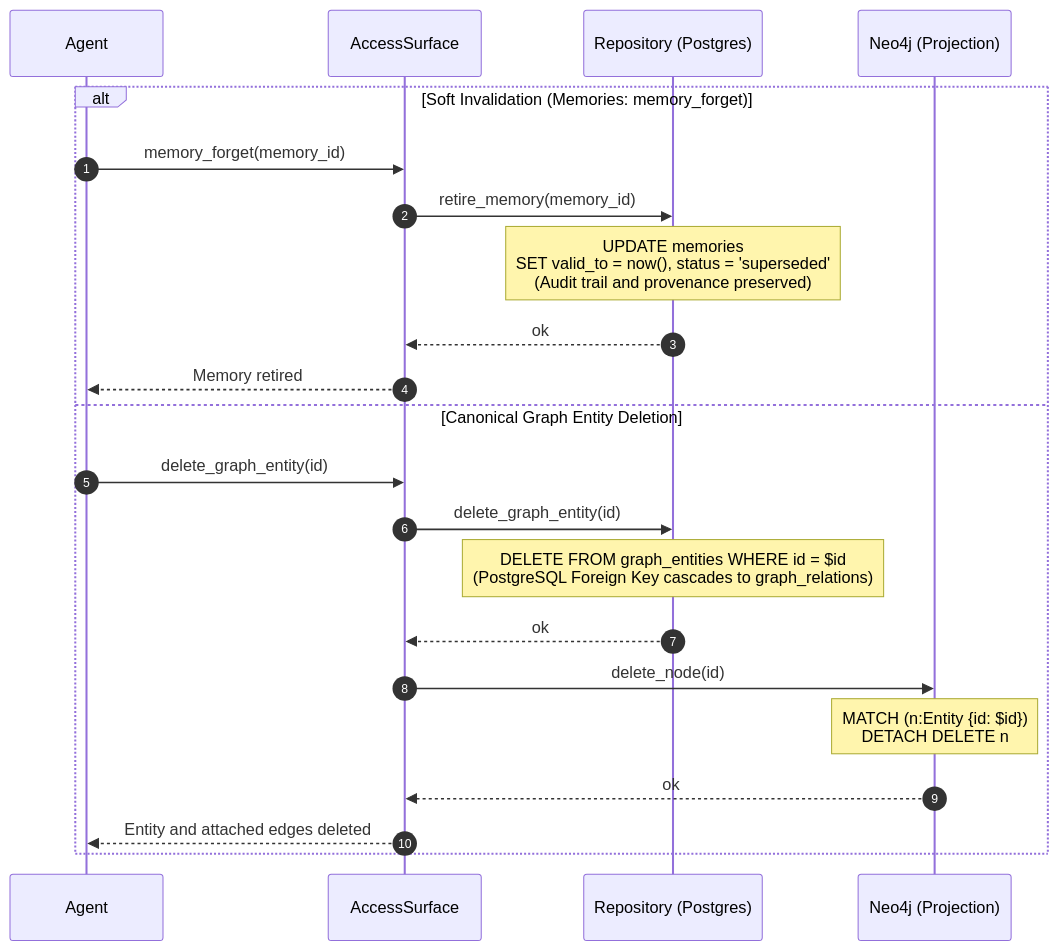
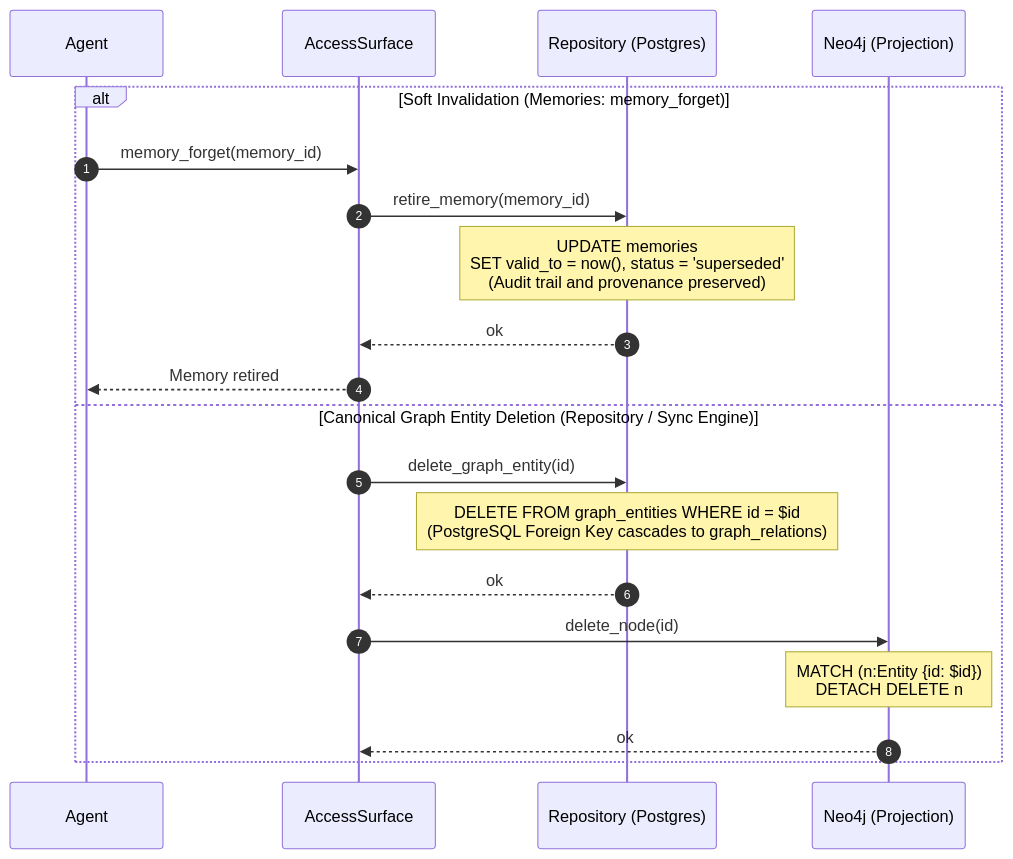
One commit to vladm3105/aidoc-flow-engramory changed the third of 5 diagrams in docs/DATA_FLOW_AND_LIFECYCLE.md. Above: the diagram before and after it, drawn with Mermaid. The commit also changed other lines of this file and 24 other files, not shown here.

````diff
--- a/docs/DATA_FLOW_AND_LIFECYCLE.md
+++ b/docs/DATA_FLOW_AND_LIFECYCLE.md
@@ -164,25 +164,23 @@
 ```mermaid
 sequenceDiagram
     autonumber
     participant Agent as Agent
     participant Surface as AccessSurface
     participant Repo as Repository (Postgres)
     participant Neo4j as Neo4j (Projection)
 
     alt Soft Invalidation (Memories: memory_forget)
         Agent->>Surface: memory_forget(memory_id)
         Surface->>Repo: retire_memory(memory_id)
         Note over Repo: UPDATE memories<br/>SET valid_to = now(), status = 'superseded'<br/>(Audit trail and provenance preserved)
         Repo-->>Surface: ok
         Surface-->>Agent: Memory retired
-    else Canonical Graph Entity Deletion
-        Agent->>Surface: delete_graph_entity(id)
+    else Canonical Graph Entity Deletion (Repository / Sync Engine)
         Surface->>Repo: delete_graph_entity(id)
         Note over Repo: DELETE FROM graph_entities WHERE id = $id<br/>(PostgreSQL Foreign Key cascades to graph_relations)
         Repo-->>Surface: ok
         Surface->>Neo4j: delete_node(id)
         Note over Neo4j: MATCH (n:Entity {id: $id})<br/>DETACH DELETE n
         Neo4j-->>Surface: ok
-        Surface-->>Agent: Entity and attached edges deleted
     end
 ```
````
